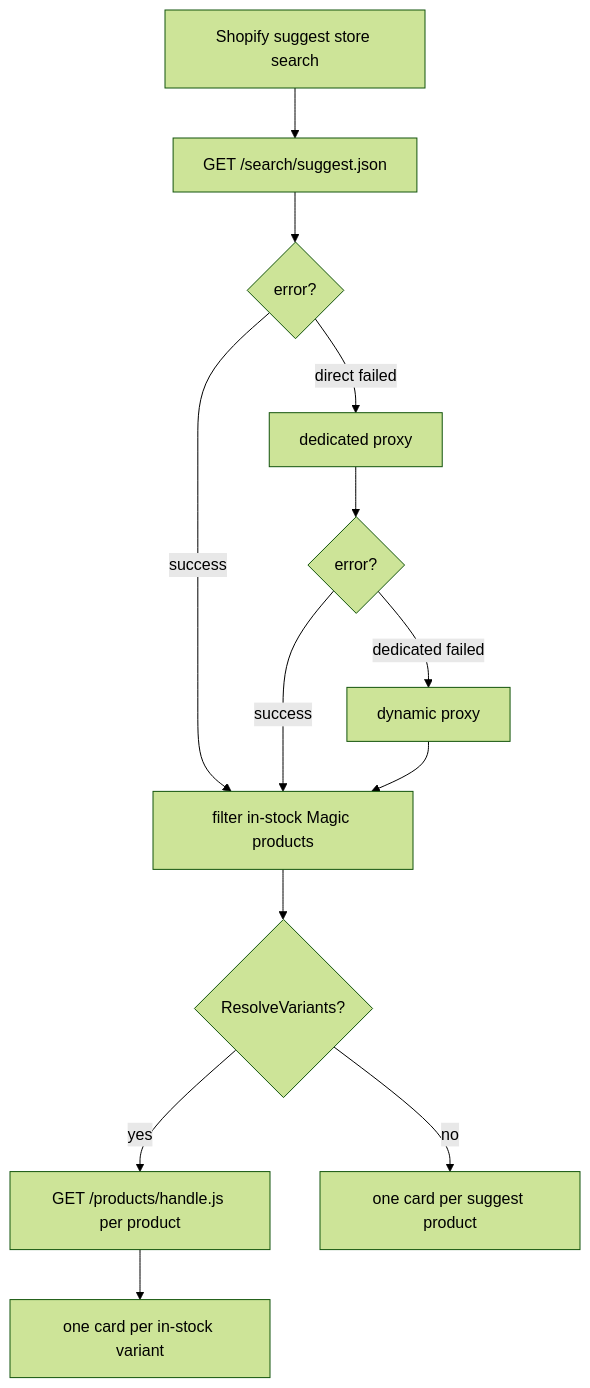
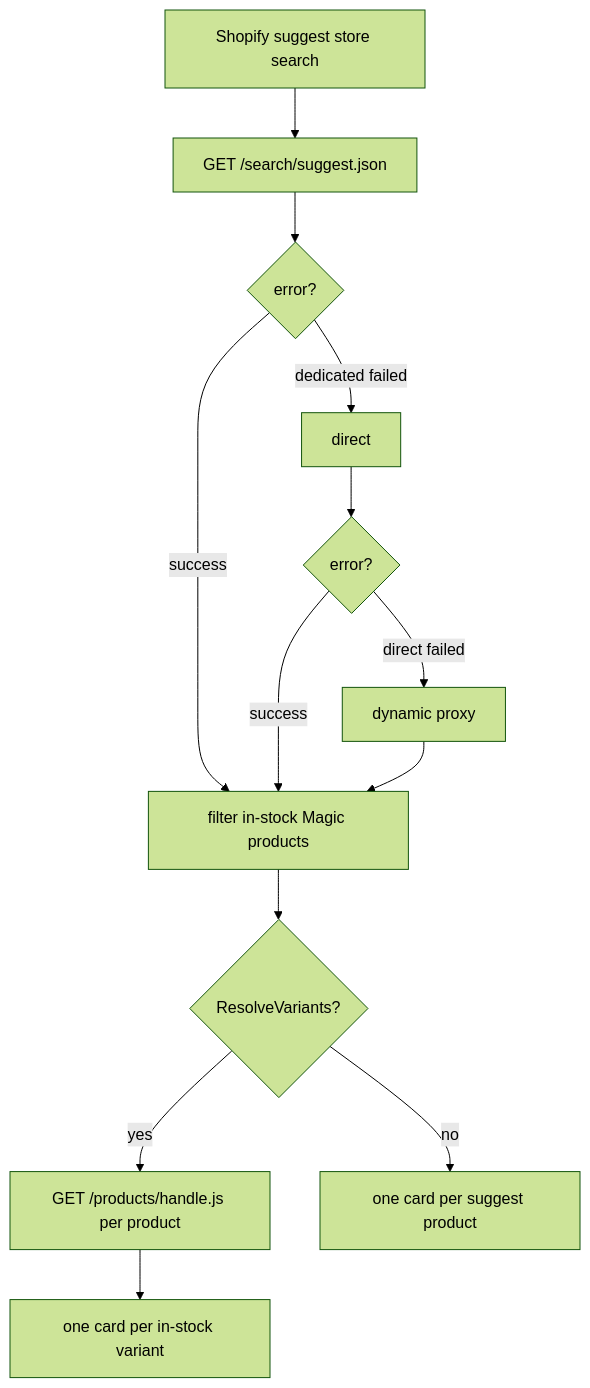
Before and after one commit to xenodus/gishathfetch: the fourth of 5 diagrams in README.md, drawn with Mermaid (forest theme). The commit also changed other lines of this file and 5 other files, not shown here.

First line of the commit message:
Shopify suggest: dedicated-first proxy and cap variant resolution

````diff
--- a/README.md
+++ b/README.md
@@ -226,15 +225,15 @@
 ```mermaid
 flowchart TD
     A[Shopify suggest store search] --> B[GET /search/suggest.json]
     B --> C{error?}
-    C -- direct failed --> D[dedicated proxy]
+    C -- dedicated failed --> D[direct]
     C -- success --> E[filter in-stock Magic products]
     D --> F{error?}
-    F -- dedicated failed --> G[dynamic proxy]
+    F -- direct failed --> G[dynamic proxy]
     F -- success --> E
     G --> E
     E --> H{ResolveVariants?}
     H -- yes --> I[GET /products/handle.js per product]
     I --> J[one card per in-stock variant]
     H -- no --> K[one card per suggest product]
 ```
````
